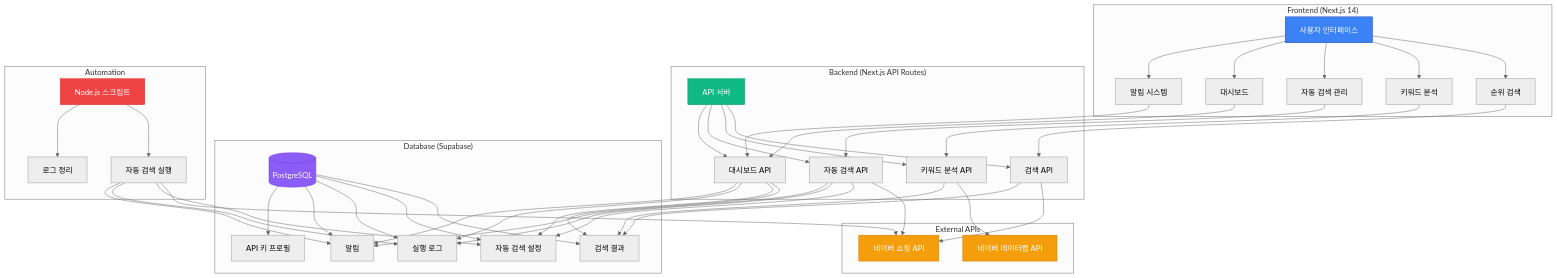
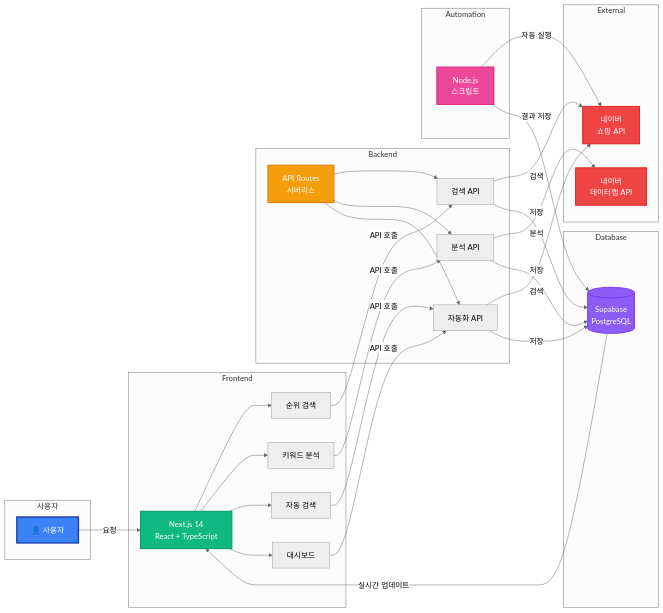
The diagram in docs/system-architecture.mmd (cscs0829/naver-ranking), drawn with Mermaid (neutral theme) before and after one commit. The commit also changed other lines of this file and 1 other file, not shown here.

Commit message:
docs: 시스템 아키텍처 다이어그램 간결화 - 한눈에 보이도록 개선

```diff
--- a/docs/system-architecture.mmd
+++ b/docs/system-architecture.mmd
@@ -1,85 +1,65 @@
-graph TB
-    subgraph "Frontend (Next.js 14)"
-        A[사용자 인터페이스]
-        A1[순위 검색]
-        A2[키워드 분석]
-        A3[자동 검색 관리]
-        A4[대시보드]
-        A5[알림 시스템]
-        A --> A1
-        A --> A2
-        A --> A3
-        A --> A4
-        A --> A5
+graph LR
+    subgraph "사용자"
+        U[👤 사용자]
     end
     
-    subgraph "Backend (Next.js API Routes)"
-        B[API 서버]
+    subgraph "Frontend"
+        F[Next.js 14<br/>React + TypeScript]
+        F1[순위 검색]
+        F2[키워드 분석]
+        F3[자동 검색]
+        F4[대시보드]
+        F --> F1
+        F --> F2
+        F --> F3
+        F --> F4
+    end
+    
+    subgraph "Backend"
+        B[API Routes<br/>서버리스]
         B1[검색 API]
-        B2[키워드 분석 API]
-        B3[자동 검색 API]
-        B4[대시보드 API]
+        B2[분석 API]
+        B3[자동화 API]
         B --> B1
         B --> B2
         B --> B3
-        B --> B4
     end
     
-    subgraph "External APIs"
-        C1[네이버 쇼핑 API]
-        C2[네이버 데이터랩 API]
+    subgraph "External"
+        N1[네이버<br/>쇼핑 API]
+        N2[네이버<br/>데이터랩 API]
     end
     
-    subgraph "Database (Supabase)"
-        D[(PostgreSQL)]
-        D1[검색 결과]
-        D2[자동 검색 설정]
-        D3[실행 로그]
-        D4[알림]
-        D5[API 키 프로필]
-        D --> D1
-        D --> D2
-        D --> D3
-        D --> D4
-        D --> D5
+    subgraph "Database"
+        DB[(Supabase<br/>PostgreSQL)]
     end
     
     subgraph "Automation"
-        E[Node.js 스크립트]
-        E1[자동 검색 실행]
-        E2[로그 정리]
-        E --> E1
-        E --> E2
+        S[Node.js<br/>스크립트]
     end
     
-    A1 --> B1
-    A2 --> B2
-    A3 --> B3
-    A4 --> B4
-    A5 --> B4
+    U -->|요청| F
+    F1 -->|API 호출| B1
+    F2 -->|API 호출| B2
+    F3 -->|API 호출| B3
+    F4 -->|API 호출| B3
     
-    B1 --> C1
-    B2 --> C2
-    B3 --> C1
+    B1 -->|검색| N1
+    B2 -->|분석| N2
+    B3 -->|검색| N1
     
-    B1 --> D1
-    B2 --> D1
-    B3 --> D2
-    B3 --> D3
-    B3 --> D4
-    B4 --> D1
-    B4 --> D2
-    B4 --> D3
-    B4 --> D4
+    B1 -->|저장| DB
+    B2 -->|저장| DB
+    B3 -->|저장| DB
     
-    E1 --> C1
-    E1 --> D2
-    E1 --> D3
-    E1 --> D4
+    S -->|자동 실행| N1
+    S -->|결과 저장| DB
+    DB -->|실시간 업데이트| F
     
-    style A fill:#3b82f6,stroke:#1e40af,color:#fff
-    style B fill:#10b981,stroke:#059669,color:#fff
-    style C1 fill:#f59e0b,stroke:#d97706,color:#fff
-    style C2 fill:#f59e0b,stroke:#d97706,color:#fff
-    style D fill:#8b5cf6,stroke:#7c3aed,color:#fff
-    style E fill:#ef4444,stroke:#dc2626,color:#fff
+    style U fill:#3b82f6,stroke:#1e40af,color:#fff,stroke-width:3px
+    style F fill:#10b981,stroke:#059669,color:#fff,stroke-width:2px
+    style B fill:#f59e0b,stroke:#d97706,color:#fff,stroke-width:2px
+    style N1 fill:#ef4444,stroke:#dc2626,color:#fff,stroke-width:2px
+    style N2 fill:#ef4444,stroke:#dc2626,color:#fff,stroke-width:2px
+    style DB fill:#8b5cf6,stroke:#7c3aed,color:#fff,stroke-width:2px
+    style S fill:#ec4899,stroke:#db2777,color:#fff,stroke-width:2px
```
